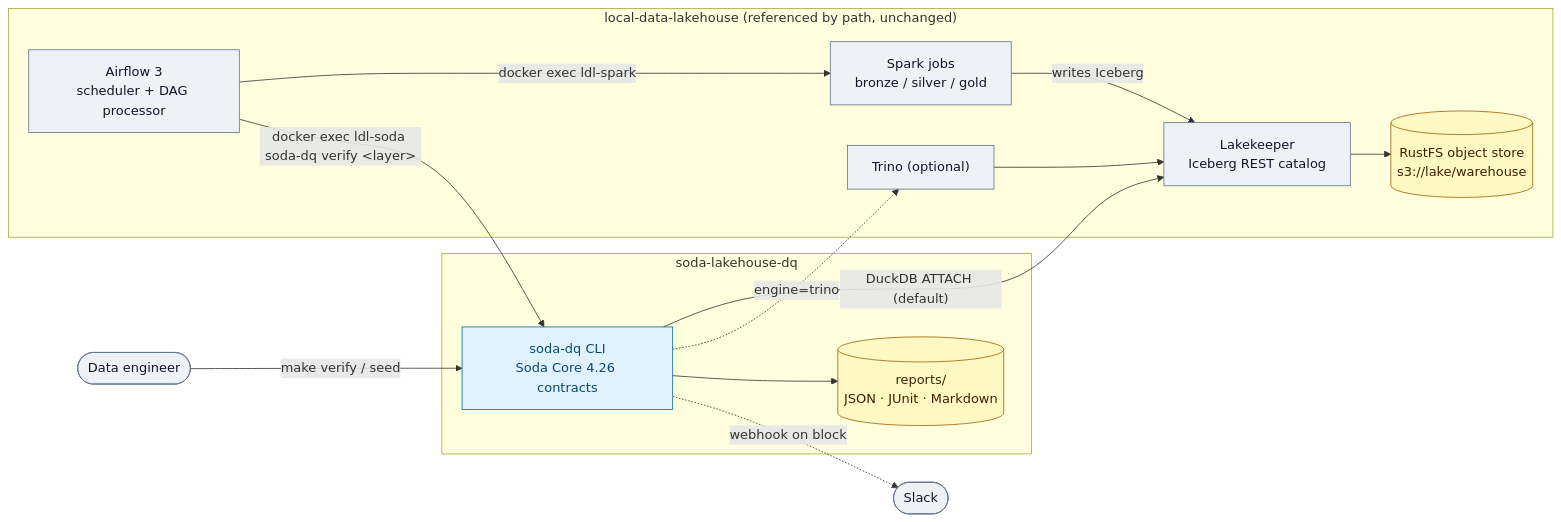
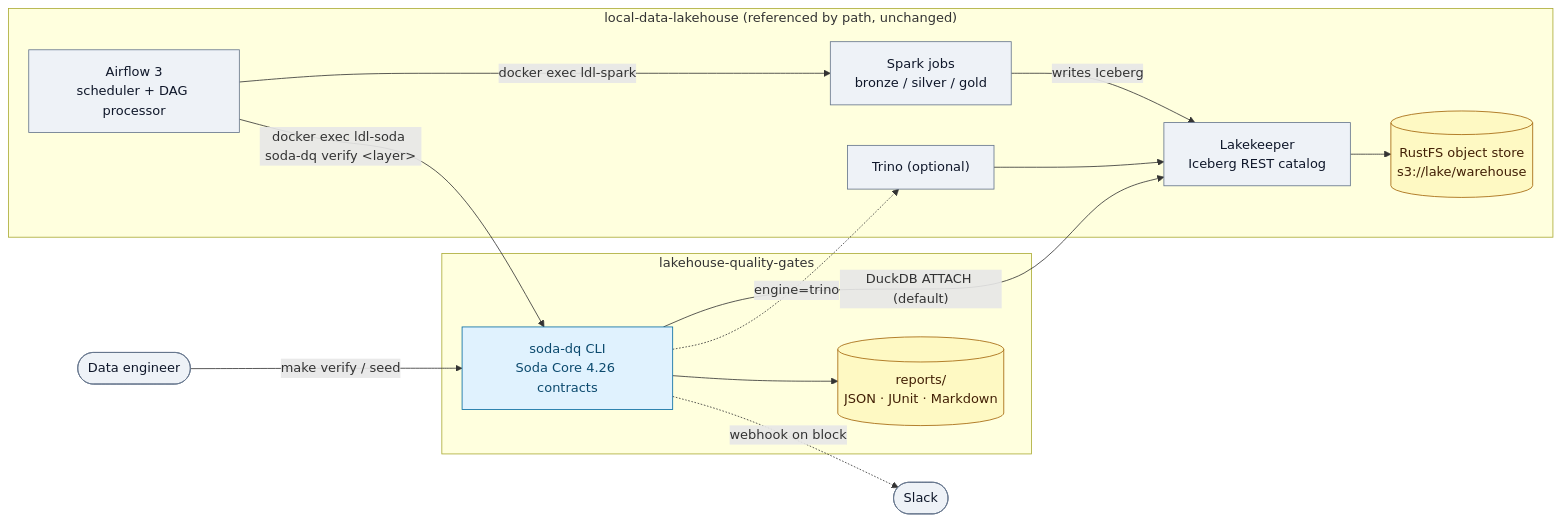
Before and after one commit to santoshshinde2012/lakehouse-quality-gates: the diagram in docs/diagrams/01-system-context.mmd, drawn with Mermaid. The commit also changed 7 other files, not shown here.

First line of the commit message:
chore: rename distribution and image to lakehouse-quality-gates, bump to 0.2.0

```diff
--- a/docs/diagrams/01-system-context.mmd
+++ b/docs/diagrams/01-system-context.mmd
@@ -1,29 +1,29 @@
 flowchart LR
   ENG(["Data engineer"]):::ext
   SL(["Slack"]):::ext
   subgraph LDL["local-data-lakehouse (referenced by path, unchanged)"]
     AF["Airflow 3<br/>scheduler + DAG processor"]:::ext
     SP["Spark jobs<br/>bronze / silver / gold"]:::ext
     LK["Lakekeeper<br/>Iceberg REST catalog"]:::ext
     TR["Trino (optional)"]:::ext
     OS[("RustFS object store<br/>s3://lake/warehouse")]:::store
   end
-  subgraph DQ["soda-lakehouse-dq"]
+  subgraph DQ["lakehouse-quality-gates"]
     CLI["soda-dq CLI<br/>Soda Core 4.26 contracts"]:::dq
     REP[("reports/<br/>JSON · JUnit · Markdown")]:::store
   end
   ENG -- "make verify / seed" --> CLI
   AF -- "docker exec ldl-spark" --> SP
   AF -- "docker exec ldl-soda soda-dq verify &lt;layer&gt;" --> CLI
   SP -- "writes Iceberg" --> LK
   CLI -- "DuckDB ATTACH (default)" --> LK
   CLI -. "engine=trino" .-> TR
   TR --> LK
   LK --> OS
   CLI --> REP
   CLI -. "webhook on block" .-> SL
   classDef ext fill:#eef2f7,stroke:#64748b,color:#0f172a
   classDef dq fill:#e0f2fe,stroke:#0369a1,color:#0c4a6e
   classDef store fill:#fef9c3,stroke:#a16207,color:#422006
   classDef gate fill:#dcfce7,stroke:#15803d,color:#14532d
   classDef fail fill:#fee2e2,stroke:#b91c1c,color:#7f1d1d
```
